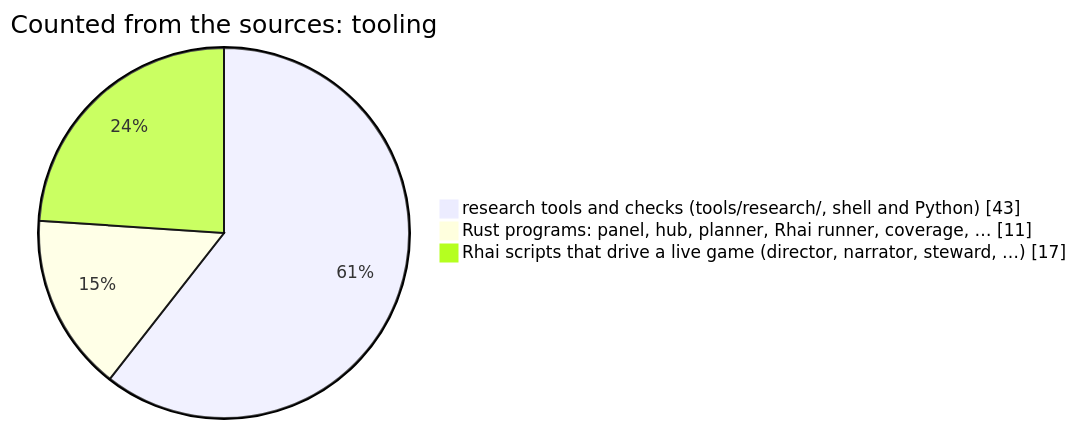
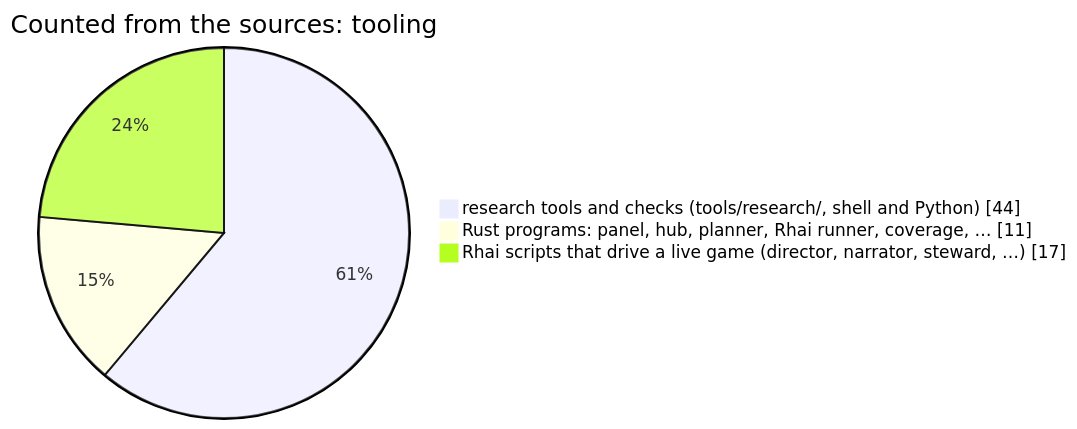
Before and after one commit to korczis/OpenTTD: the fifth of 11 diagrams in README.md, drawn with Mermaid. The commit also changed other lines of this file and 10 other files, not shown here.

First line of the commit message:
Add: [PrismaticMCP] Generated A/B charts on every mcp-ab record page

````diff
--- a/README.md
+++ b/README.md
@@ -625,6 +625,6 @@
 ```mermaid
 pie showData title Counted from the sources: tooling
-    "research tools and checks (tools/research/, shell and Python)" : 43
+    "research tools and checks (tools/research/, shell and Python)" : 44
     "Rust programs: panel, hub, planner, Rhai runner, coverage, …" : 11
     "Rhai scripts that drive a live game (director, narrator, steward, …)" : 17
 ```
````
